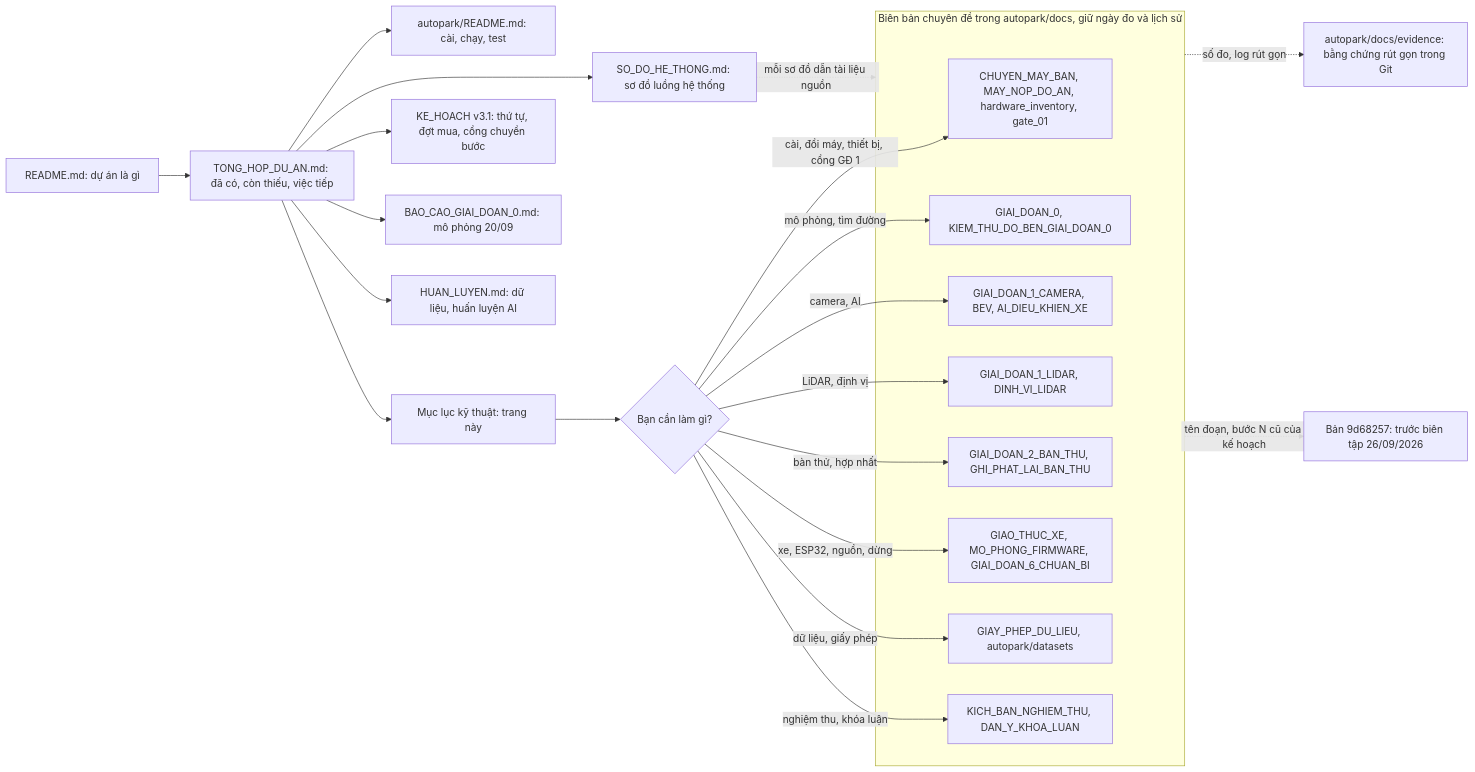
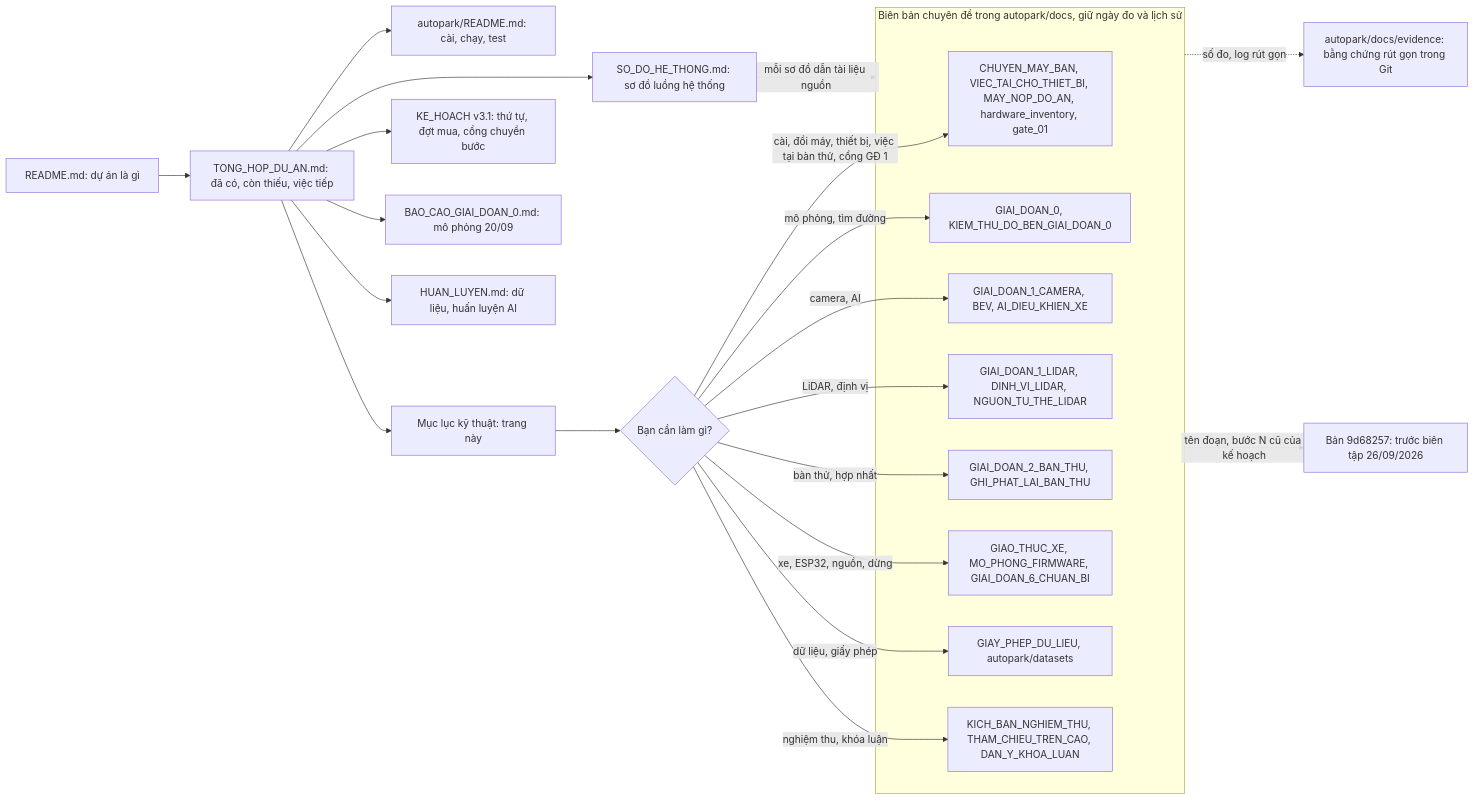
The diagram in autopark/docs/README.md (thbn12082/autopark), drawn with Mermaid before and after one commit. The commit also changed other lines of this file and 223 other files, not shown here.

````diff
--- a/autopark/docs/README.md
+++ b/autopark/docs/README.md
@@ -17,32 +17,32 @@
 ```mermaid
 flowchart LR
     R["README.md: dự án là gì"] --> T["TONG_HOP_DU_AN.md: đã có, còn thiếu, việc tiếp"]
     T --> I["autopark/README.md: cài, chạy, test"]
     T --> S["SO_DO_HE_THONG.md: sơ đồ luồng hệ thống"]
     T --> K["KE_HOACH v3.1: thứ tự, đợt mua, cổng chuyển bước"]
     T --> B["BAO_CAO_GIAI_DOAN_0.md: mô phỏng 20/09"]
     T --> H["HUAN_LUYEN.md: dữ liệu, huấn luyện AI"]
     T --> D["Mục lục kỹ thuật: trang này"]
     D --> Q{"Bạn cần làm gì?"}
     subgraph CD["Biên bản chuyên đề trong autopark/docs, giữ ngày đo và lịch sử"]
-        M["CHUYEN_MAY_BAN, MAY_NOP_DO_AN, hardware_inventory, gate_01"]
+        M["CHUYEN_MAY_BAN, VIEC_TAI_CHO_THIET_BI, MAY_NOP_DO_AN, hardware_inventory, gate_01"]
         G0["GIAI_DOAN_0, KIEM_THU_DO_BEN_GIAI_DOAN_0"]
         C["GIAI_DOAN_1_CAMERA, BEV, AI_DIEU_KHIEN_XE"]
-        L["GIAI_DOAN_1_LIDAR, DINH_VI_LIDAR"]
+        L["GIAI_DOAN_1_LIDAR, DINH_VI_LIDAR, NGUON_TU_THE_LIDAR"]
         BT["GIAI_DOAN_2_BAN_THU, GHI_PHAT_LAI_BAN_THU"]
         X["GIAO_THUC_XE, MO_PHONG_FIRMWARE, GIAI_DOAN_6_CHUAN_BI"]
         GP["GIAY_PHEP_DU_LIEU, autopark/datasets"]
-        NT["KICH_BAN_NGHIEM_THU, DAN_Y_KHOA_LUAN"]
+        NT["KICH_BAN_NGHIEM_THU, THAM_CHIEU_TREN_CAO, DAN_Y_KHOA_LUAN"]
     end
-    Q -->|cài, đổi máy, thiết bị, cổng GĐ 1| M
+    Q -->|cài, đổi máy, thiết bị, việc tại bàn thử, cổng GĐ 1| M
     Q -->|mô phỏng, tìm đường| G0
     Q -->|camera, AI| C
     Q -->|LiDAR, định vị| L
     Q -->|bàn thử, hợp nhất| BT
     Q -->|xe, ESP32, nguồn, dừng| X
     Q -->|dữ liệu, giấy phép| GP
     Q -->|nghiệm thu, khóa luận| NT
     S -.->|mỗi sơ đồ dẫn tài liệu nguồn| CD
     CD -.->|số đo, log rút gọn| E["autopark/docs/evidence: bằng chứng rút gọn trong Git"]
     CD -.->|tên đoạn, bước N cũ của kế hoạch| V9["Bản 9d68257: trước biên tập 26/09/2026"]
 ```
````
